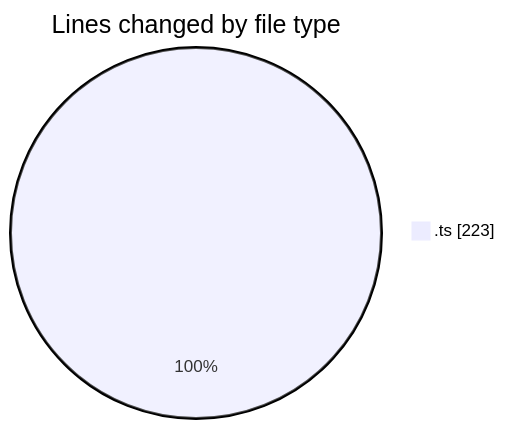
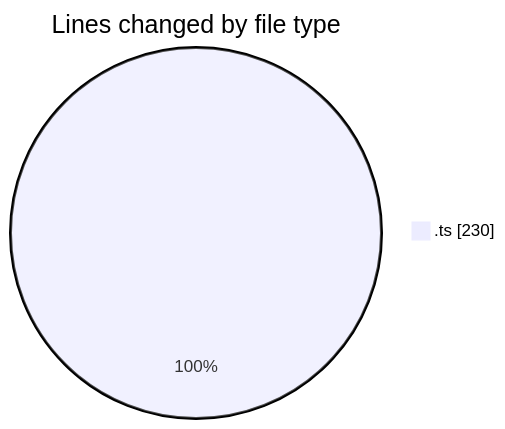
The first of 2 diagrams in 2026-05-06/nxtqube_webapp/README.md (nxtqubesakshisongat/code-tracking), drawn with Mermaid before and after one commit. The commit also changed other lines of this file and 1 other file, not shown here.

````diff
--- a/2026-05-06/nxtqube_webapp/README.md
+++ b/2026-05-06/nxtqube_webapp/README.md
@@ -21,5 +21,5 @@
 ```mermaid
 pie showData
 title Lines changed by file type
-".ts" : 223
+".ts" : 230
 ```
````
